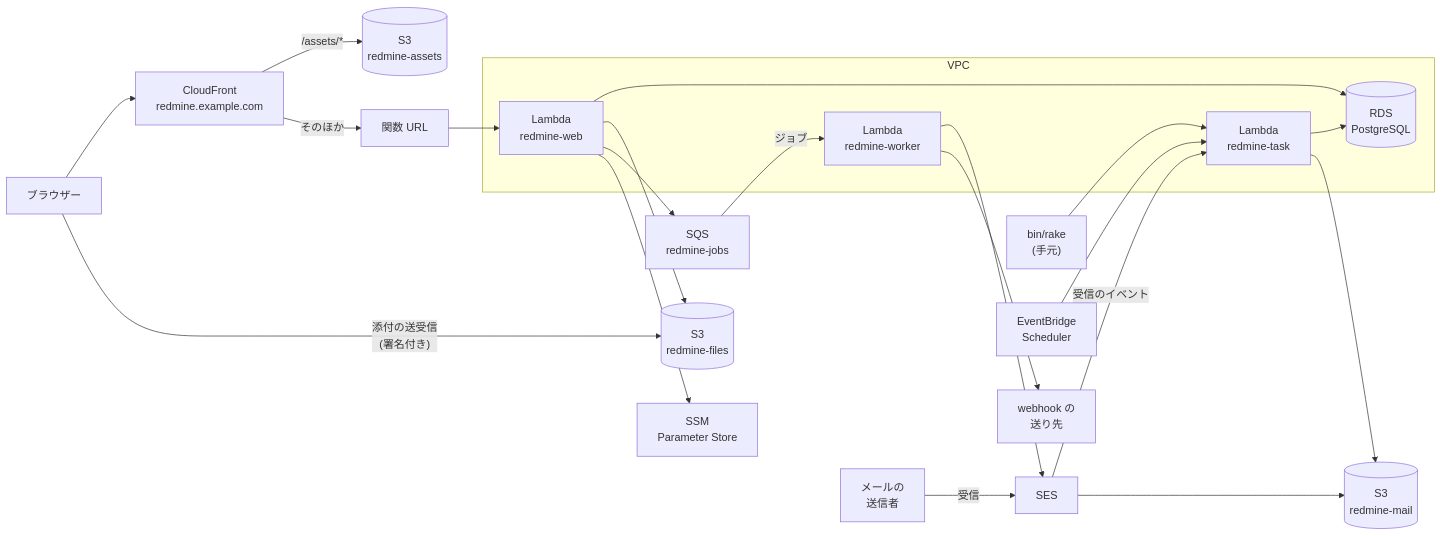
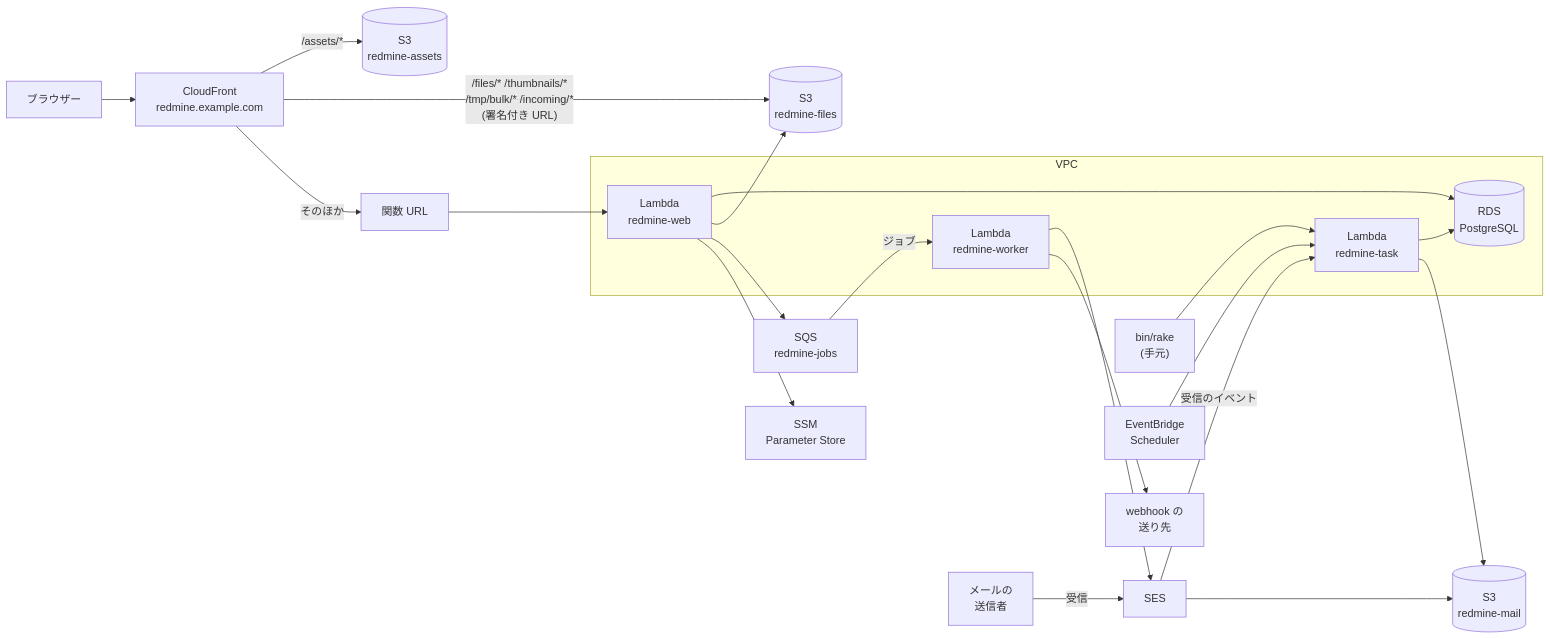
One commit to redmine-kit/serverless changed the diagram in docs/ja/architecture.md. Above: the diagram before and after it, drawn with Mermaid. The commit also changed other lines of this file and 21 other files, not shown here.

````diff
--- a/docs/ja/architecture.md
+++ b/docs/ja/architecture.md
@@ -11,41 +11,41 @@
 ```mermaid
 flowchart LR
   user["ブラウザー"]
   sender["メールの<br>送信者"]
   cf["CloudFront<br>redmine.example.com"]
   url["関数 URL"]
   assets[("S3<br>redmine-assets")]
   subgraph vpc["VPC"]
     app["Lambda<br>redmine-web"]
     worker["Lambda<br>redmine-worker"]
     task["Lambda<br>redmine-task"]
     rds[("RDS<br>PostgreSQL")]
   end
   sqs["SQS<br>redmine-jobs"]
   files[("S3<br>redmine-files")]
   mail[("S3<br>redmine-mail")]
   ses["SES"]
   ssm["SSM<br>Parameter Store"]
   ext["webhook の<br>送り先"]
   cli["bin/rake<br>(手元)"]
   sch["EventBridge<br>Scheduler"]
 
   user --> cf
   cf -- "/assets/*" --> assets
+  cf -- "/files/* /thumbnails/*<br>/tmp/bulk/* /incoming/*<br>(署名付き URL)" --> files
   cf -- "そのほか" --> url --> app
-  user -- "添付の送受信<br>(署名付き)" --> files
   app --> rds
   app --> files
   app --> sqs
   app --> ssm
   sqs -- "ジョブ" --> worker
   worker --> ses
   worker --> ext
   sender -- "受信" --> ses
   ses --> mail
   ses -- "受信のイベント" --> task
   cli --> task
   sch --> task
   task --> rds
   task --> mail
 ```
````
